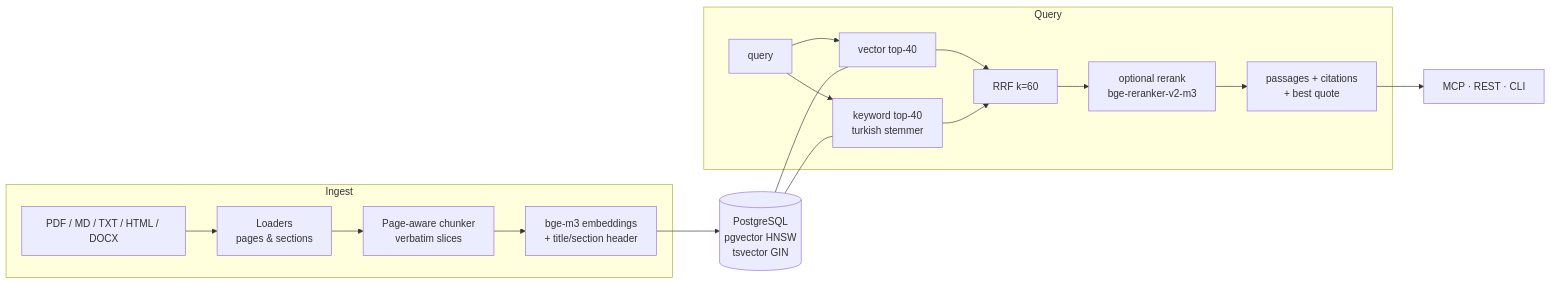
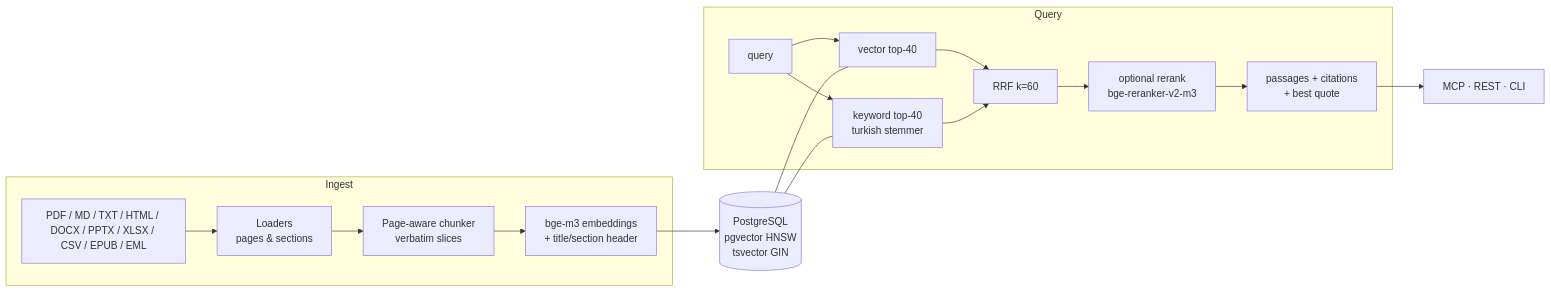
One commit to omerozkilic/citewell changed the diagram in README.md. Above: the diagram before and after it, drawn with Mermaid. The commit also changed other lines of this file and 12 other files, not shown here.

First line of the commit message:
feat: load PPTX, XLSX, CSV, EPUB and EML files (#61)

````diff
--- a/README.md
+++ b/README.md
@@ -219,20 +219,20 @@
 ```mermaid
 flowchart LR
   subgraph Ingest
-    F[PDF / MD / TXT / HTML / DOCX] --> L[Loaders<br/>pages & sections]
+    F[PDF / MD / TXT / HTML / DOCX / PPTX / XLSX / CSV / EPUB / EML] --> L[Loaders<br/>pages & sections]
     L --> C[Page-aware chunker<br/>verbatim slices]
     C --> E[bge-m3 embeddings<br/>+ title/section header]
   end
   E --> PG[(PostgreSQL<br/>pgvector HNSW<br/>tsvector GIN)]
   subgraph Query
     Q[query] --> V[vector top-40]
     Q --> K[keyword top-40<br/>turkish stemmer]
     V --> R[RRF k=60]
     K --> R
     R --> X[optional rerank<br/>bge-reranker-v2-m3]
     X --> O[passages + citations<br/>+ best quote]
   end
   PG --- V
   PG --- K
   O --> M[MCP · REST · CLI]
 ```
````
